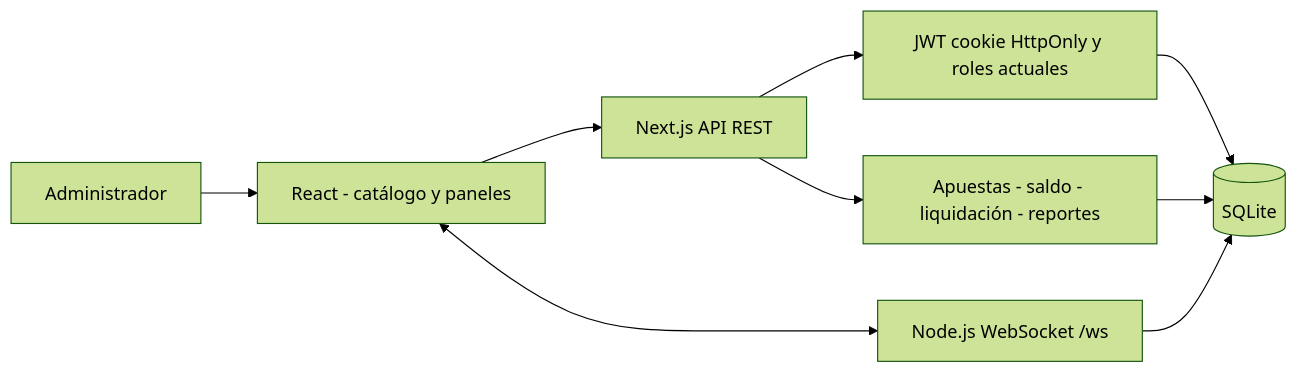
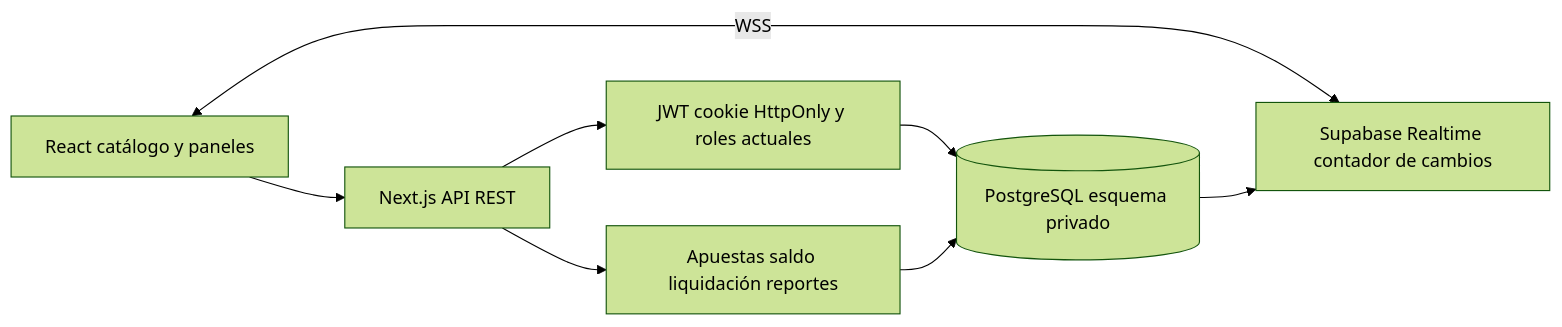
Before and after one commit to UPT-FAING-EPIS/si784-2026-ii-si784-2026-ii-examen-u1-miltom123: the third of 4 diagrams in docs/DOCUMENTACION_SISTEMA.md, drawn with Mermaid (forest theme). The commit also changed other lines of this file and 17 other files, not shown here.

````diff
--- a/docs/DOCUMENTACION_SISTEMA.md
+++ b/docs/DOCUMENTACION_SISTEMA.md
@@ -326,11 +496,10 @@
 ```mermaid
 flowchart LR
-  UI[React - catálogo y paneles] --> REST[Next.js API REST]
-  UI <--> WS[Node.js WebSocket /ws]
+  UI[React catálogo y paneles] --> REST[Next.js API REST]
+  UI <-->|WSS| RT[Supabase Realtime contador de cambios]
   REST --> AUTH[JWT cookie HttpOnly y roles actuales]
-  REST --> DOMAIN[Apuestas - saldo - liquidación - reportes]
-  AUTH --> SQL[(SQLite)]
-  DOMAIN --> SQL
-  WS --> SQL
-  ADMIN[Administrador] --> UI
+  REST --> DOMAIN[Apuestas saldo liquidación reportes]
+  AUTH --> PG[(PostgreSQL esquema privado)]
+  DOMAIN --> PG
+  PG --> RT
 ```
````
